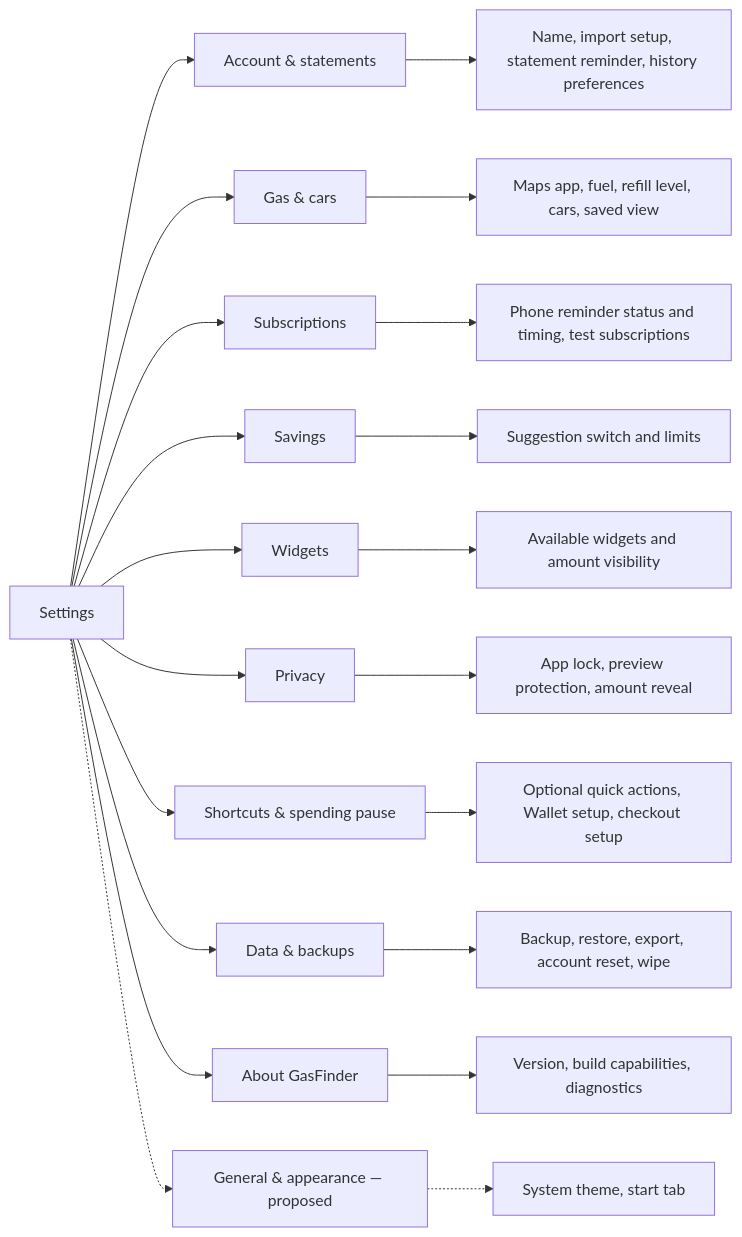
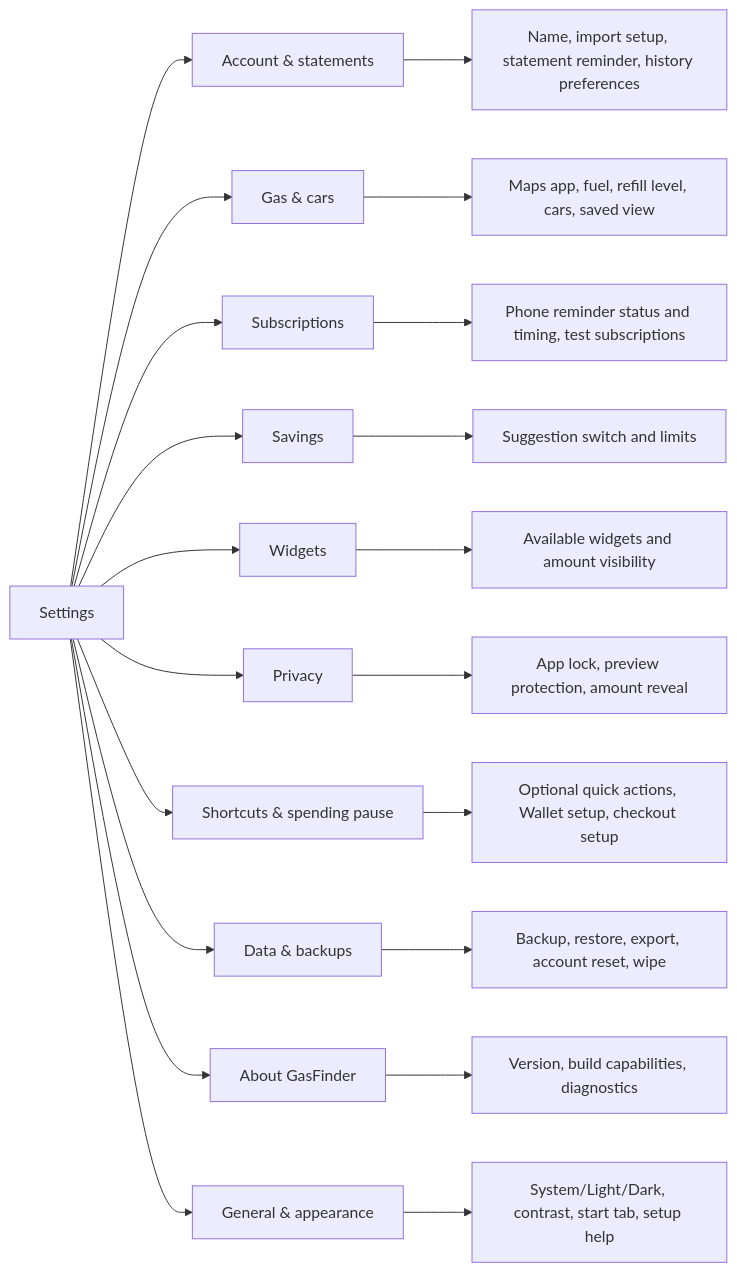
Before and after one commit to ninofedericodefeo-commits/appname: the first of 7 diagrams in docs/APP_FLOWS.md, drawn with Mermaid. The commit also changed other lines of this file and 115 other files, not shown here.

Commit message:
Complete local finish roadmap and document device acceptance gates

````diff
--- a/docs/APP_FLOWS.md
+++ b/docs/APP_FLOWS.md
@@ -9,23 +9,23 @@
 ```mermaid
 flowchart LR
   S["Settings"] --> A["Account & statements"]
   A --> A1["Name, import setup, statement reminder, history preferences"]
   S --> G["Gas & cars"]
   G --> G1["Maps app, fuel, refill level, cars, saved view"]
   S --> U["Subscriptions"]
   U --> U1["Phone reminder status and timing, test subscriptions"]
   S --> V["Savings"]
   V --> V1["Suggestion switch and limits"]
   S --> W["Widgets"]
   W --> W1["Available widgets and amount visibility"]
   S --> P["Privacy"]
   P --> P1["App lock, preview protection, amount reveal"]
   S --> Q["Shortcuts & spending pause"]
   Q --> Q1["Optional quick actions, Wallet setup, checkout setup"]
   S --> D["Data & backups"]
   D --> D1["Backup, restore, export, account reset, wipe"]
   S --> B["About GasFinder"]
   B --> B1["Version, build capabilities, diagnostics"]
-  S -.-> C["General & appearance — proposed"]
-  C -.-> C1["System theme, start tab"]
+  S --> C["General & appearance"]
+  C --> C1["System/Light/Dark, contrast, start tab, setup help"]
 ```
````
